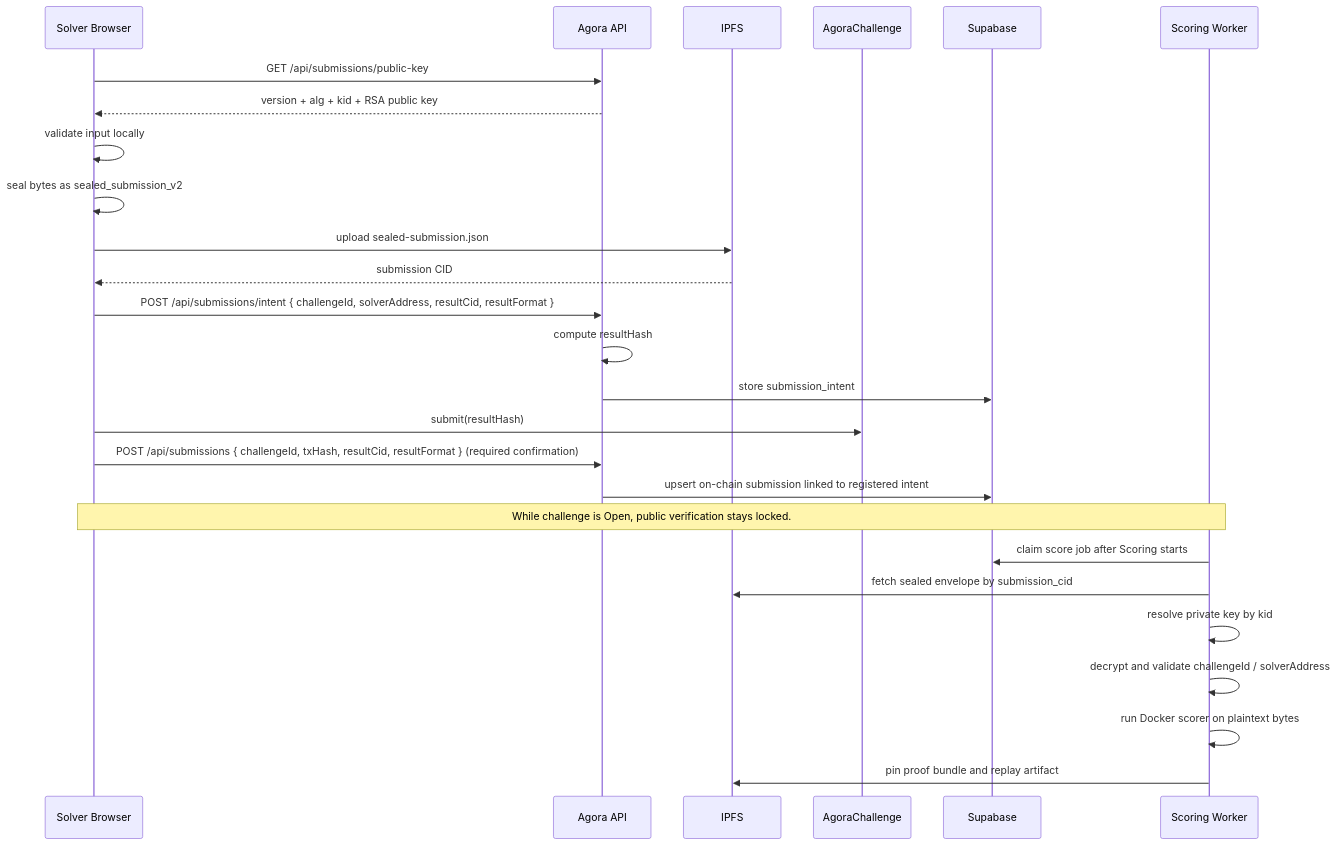
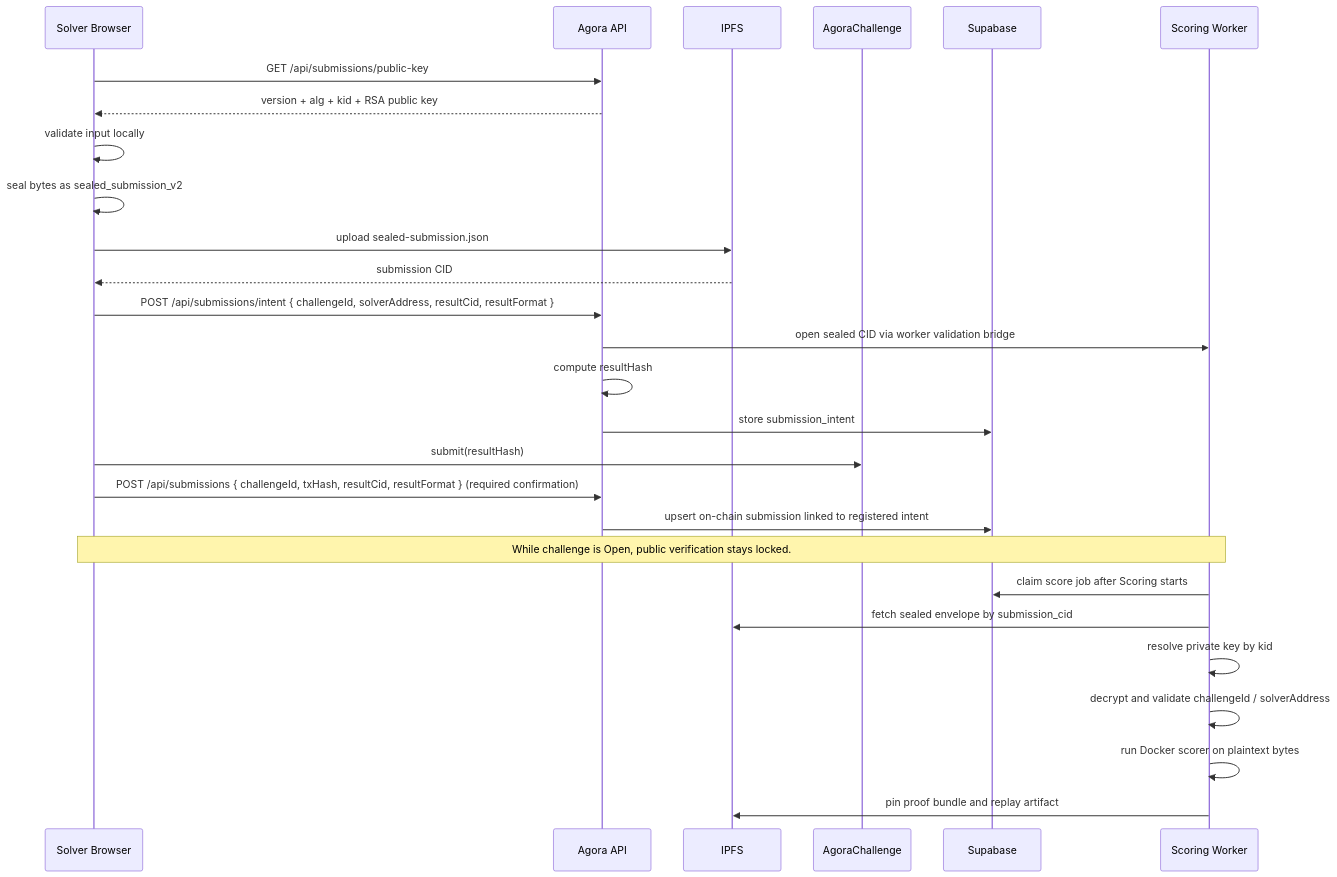
One commit to andymolecule/Hermes changed the diagram in docs/submission-privacy.md. Above: the diagram before and after it, drawn with Mermaid. The commit also changed other lines of this file and 27 other files, not shown here.

````diff
--- a/docs/submission-privacy.md
+++ b/docs/submission-privacy.md
@@ -122,31 +122,32 @@
 ```mermaid
 sequenceDiagram
     participant Solver as Solver Browser
     participant API as Agora API
     participant IPFS as IPFS
     participant Chain as AgoraChallenge
     participant DB as Supabase
     participant Worker as Scoring Worker
 
     Solver->>API: GET /api/submissions/public-key
     API-->>Solver: version + alg + kid + RSA public key
     Solver->>Solver: validate input locally
     Solver->>Solver: seal bytes as sealed_submission_v2
     Solver->>IPFS: upload sealed-submission.json
     IPFS-->>Solver: submission CID
     Solver->>API: POST /api/submissions/intent { challengeId, solverAddress, resultCid, resultFormat }
+    API->>Worker: open sealed CID via worker validation bridge
     API->>API: compute resultHash
     API->>DB: store submission_intent
     Solver->>Chain: submit(resultHash)
     Solver->>API: POST /api/submissions { challengeId, txHash, resultCid, resultFormat } (required confirmation)
     API->>DB: upsert on-chain submission linked to registered intent
 
     Note over Solver,Worker: While challenge is Open, public verification stays locked.
 
     Worker->>DB: claim score job after Scoring starts
     Worker->>IPFS: fetch sealed envelope by submission_cid
     Worker->>Worker: resolve private key by kid
     Worker->>Worker: decrypt and validate challengeId / solverAddress
     Worker->>Worker: run Docker scorer on plaintext bytes
     Worker->>IPFS: pin proof bundle and replay artifact
 ```
````
